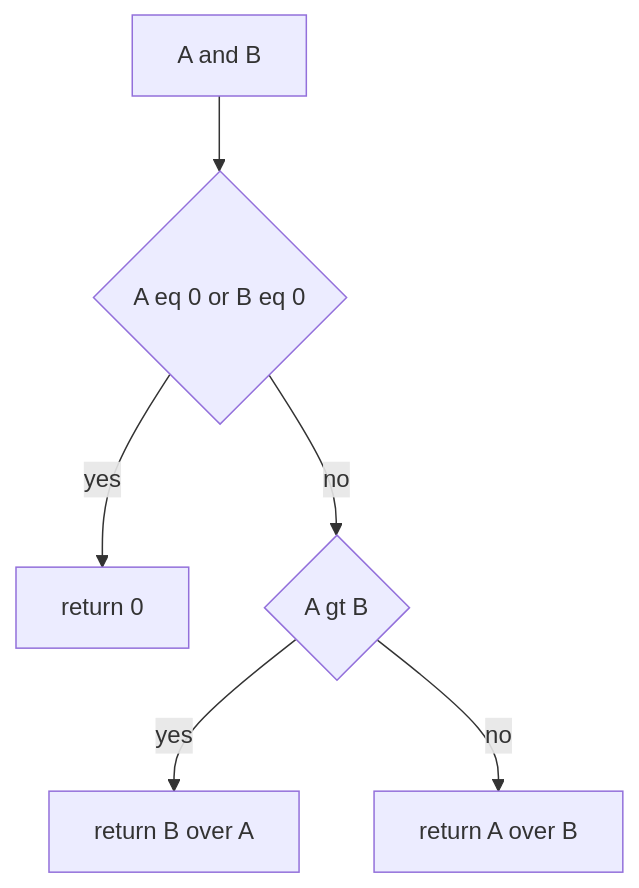
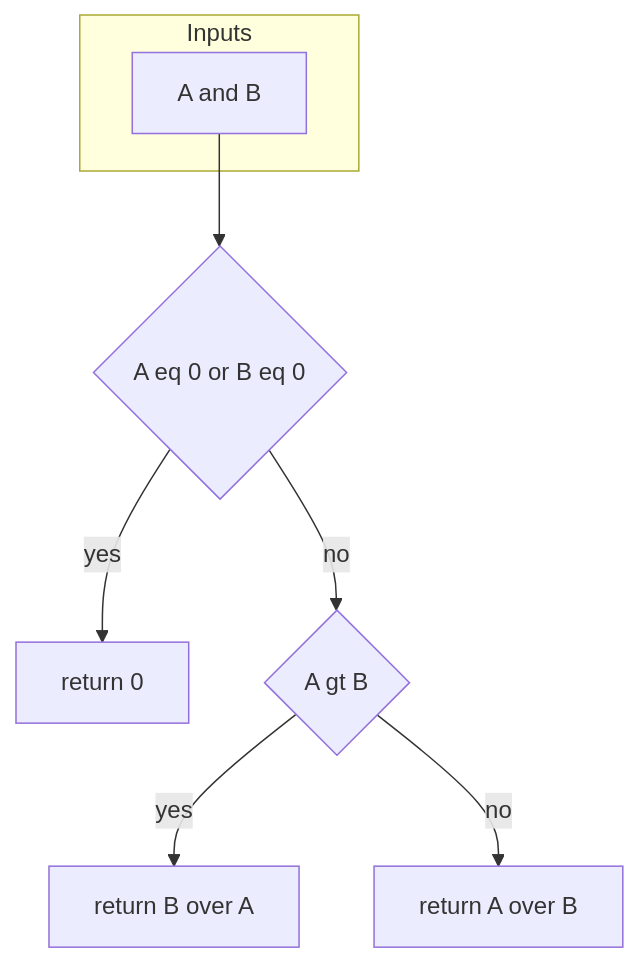
The fifth of 6 diagrams in docs/math/vectors.md (Gh0st352/AETHR), drawn with Mermaid before and after one commit. The commit also changed other lines of this file and 5 other files, not shown here.

First line of the commit message:
docs: normalize headings and enhance Mermaid diagrams in math README

````diff
--- a/docs/math/vectors.md
+++ b/docs/math/vectors.md
@@ -104,8 +148,15 @@
 ```mermaid
+%% shared theme: docs/_mermaid/theme.json %%
 flowchart TD
-  IN[A and B] --> Z{A eq 0 or B eq 0}
+  subgraph "Inputs"
+    IN[A and B]
+  end
+  IN --> Z{A eq 0 or B eq 0}
   Z -->|yes| R0[return 0]
   Z -->|no| CMP{A gt B}
   CMP -->|yes| R1[return B over A]
   CMP -->|no| R2[return A over B]
+  class IN class_io;
+  class Z,CMP class_decision;
+  class R0,R1,R2 class_result;
 ```
````
